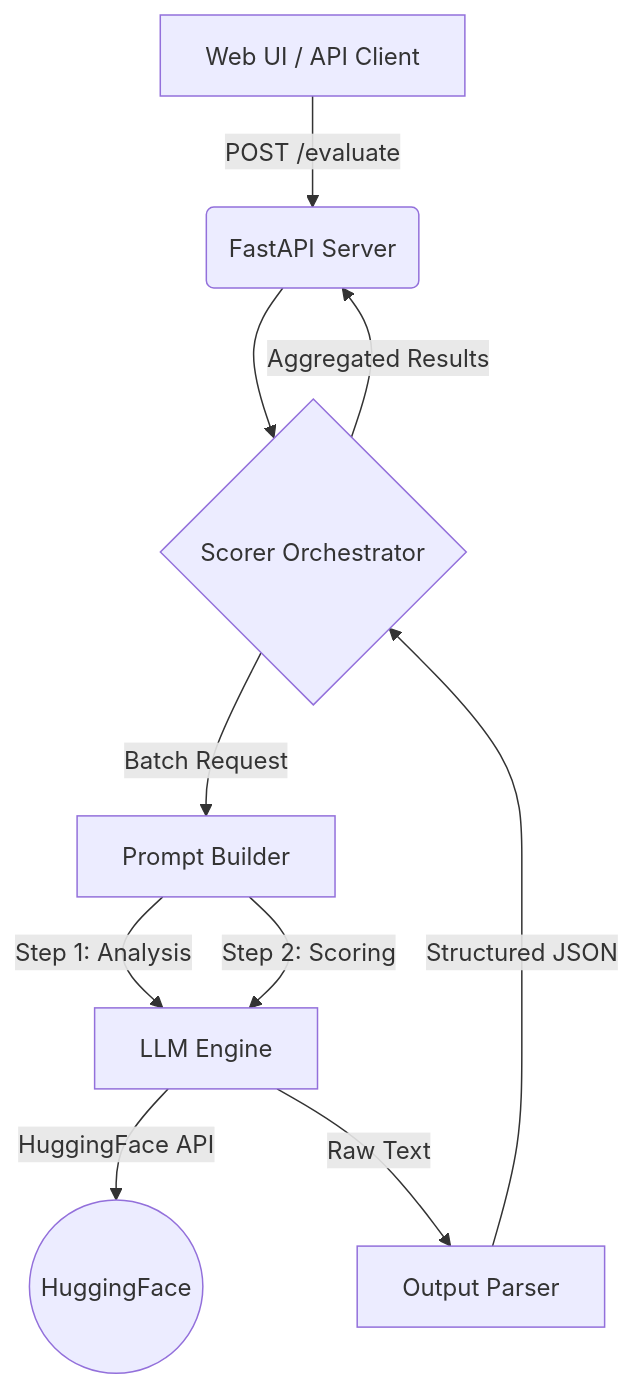
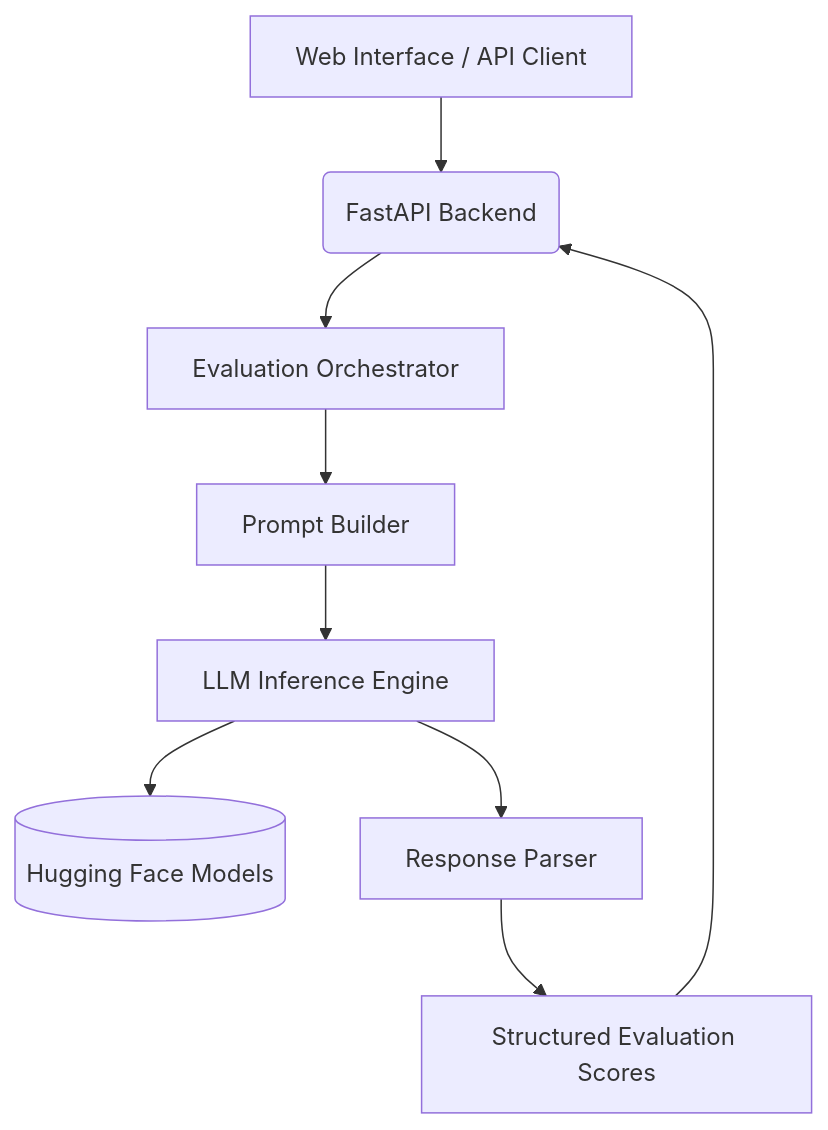
One commit to vamshi8103/ai_assignment changed the diagram in README.md. Above: the diagram before and after it, drawn with Mermaid. The commit also changed other lines of this file, not shown here.

````diff
--- a/README.md
+++ b/README.md
@@ -42,12 +74,11 @@
 ```mermaid
 graph TD
-    A[Web UI / API Client] -->|POST /evaluate| B(FastAPI Server)
-    B --> C{Scorer Orchestrator}
-    C -->|Batch Request| D[Prompt Builder]
-    D -->|Step 1: Analysis| E[LLM Engine]
-    D -->|Step 2: Scoring| E
-    E -->|HuggingFace API| F((HuggingFace))
-    E -->|Raw Text| G[Output Parser]
-    G -->|Structured JSON| C
-    C -->|Aggregated Results| B
+    A[Web Interface / API Client] --> B(FastAPI Backend)
+    B --> C[Evaluation Orchestrator]
+    C --> D[Prompt Builder]
+    D --> E[LLM Inference Engine]
+    E --> F[(Hugging Face Models)]
+    E --> G[Response Parser]
+    G --> H[Structured Evaluation Scores]
+    H --> B
 ```
````
